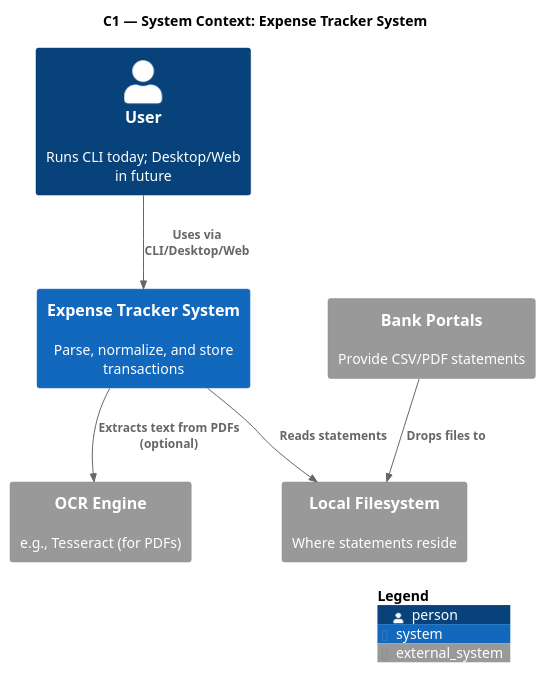
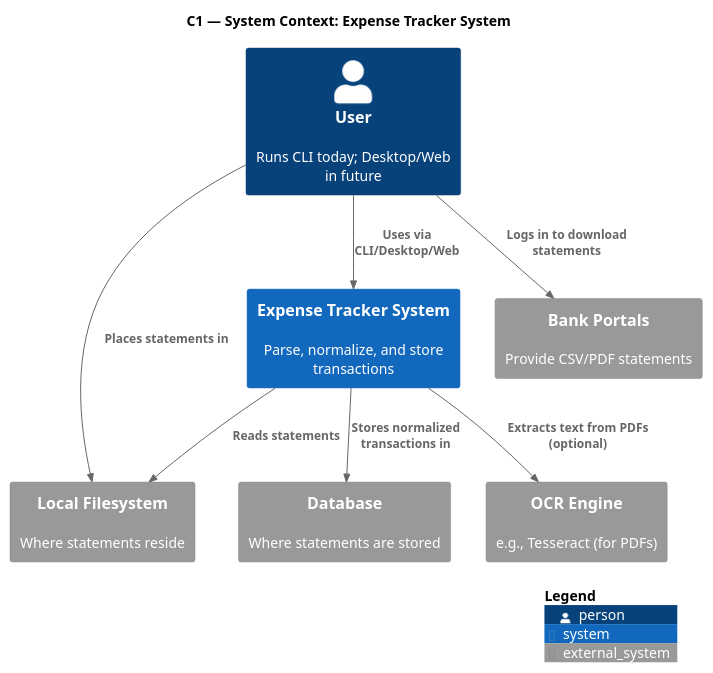
One commit to paolog1710/expense-tracker-core changed the diagram in docs/diagrams/C1_Context_ExpenseTracker.puml. Above: the diagram before and after it, drawn with PlantUML. The commit also changed 2 other files, not shown here.

Commit message:
consolidate C4 diagrams (#7)
This PR consolidates C4 diagrams by removing duplicate container diagrams and refining the context diagram to better reflect hexagonal architecture principles. The changes eliminate redundant diagrams and improve the system boundary representation.

Key changes:

Removed duplicated C2 and C3 container diagrams that contained identical content
Enhanced the C1 context diagram with additional external systems and clearer user interactions

```diff
--- a/docs/diagrams/C1_Context_ExpenseTracker.puml
+++ b/docs/diagrams/C1_Context_ExpenseTracker.puml
@@ -1,20 +1,23 @@
 @startuml
 !include https://raw.githubusercontent.com/plantuml-stdlib/C4-PlantUML/master/C4_Context.puml
 LAYOUT_WITH_LEGEND()
 
 title C1 — System Context: Expense Tracker System
 
 Person(user, "User", "Runs CLI today; Desktop/Web in future")
 System(expense, "Expense Tracker System", "Parse, normalize, and store transactions")
 
 System_Ext(bank, "Bank Portals", "Provide CSV/PDF statements")
 System_Ext(ocr, "OCR Engine", "e.g., Tesseract (for PDFs)")
 System_Ext(fs, "Local Filesystem", "Where statements reside")
+System_Ext(db, "Database", "Where statements are stored")
 
 Rel(user, expense, "Uses via CLI/Desktop/Web")
-Rel(bank, fs, "Drops files to")
+Rel(user, bank, "Logs in to download statements")
+Rel(user, fs, "Places statements in")
 Rel(expense, fs, "Reads statements")
 Rel(expense, ocr, "Extracts text from PDFs (optional)")
+Rel(expense, db, "Stores normalized transactions in")
 
 SHOW_LEGEND()
 @enduml
```
